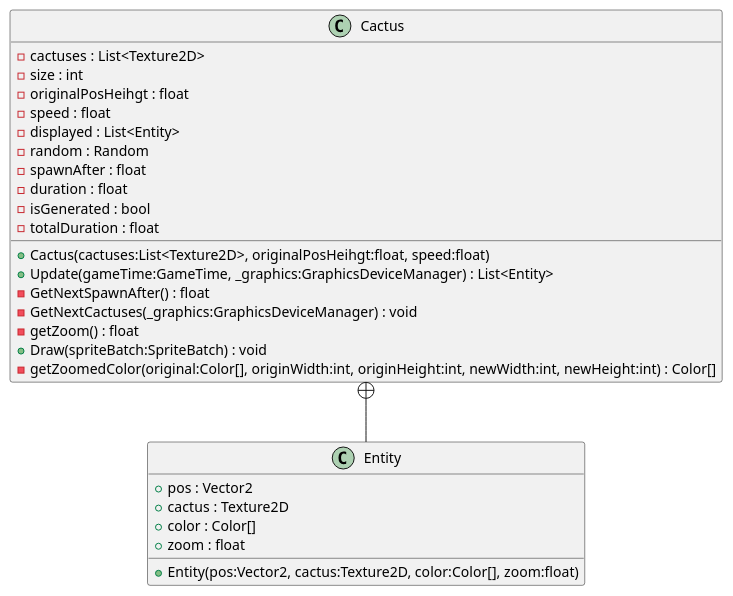
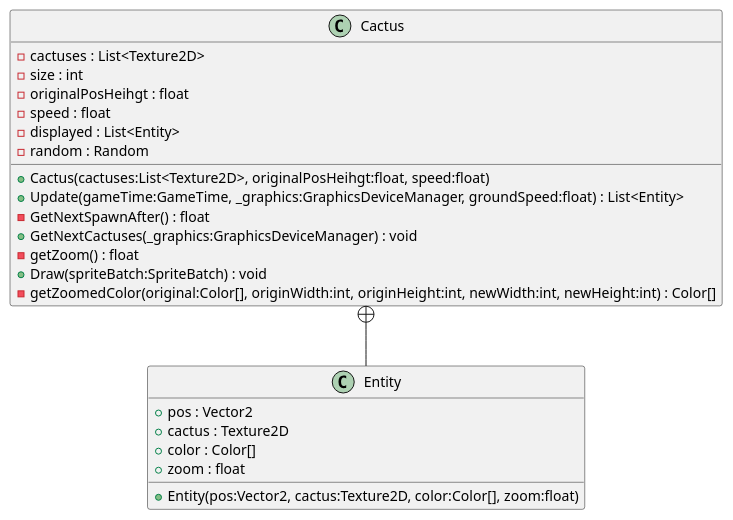
The diagram in UML/Cactus.puml (Famich1ki/T-rax-game), drawn with PlantUML before and after one commit. The commit also changed 44 other files, not shown here.

```diff
--- a/UML/Cactus.puml
+++ b/UML/Cactus.puml
@@ -1,29 +1,25 @@
 @startuml
 class Cactus {
     - cactuses : List<Texture2D>
     - size : int
     - originalPosHeihgt : float
     - speed : float
     - displayed : List<Entity>
     - random : Random
-    - spawnAfter : float
-    - duration : float
-    - isGenerated : bool
-    - totalDuration : float
     + Cactus(cactuses:List<Texture2D>, originalPosHeihgt:float, speed:float)
-    + Update(gameTime:GameTime, _graphics:GraphicsDeviceManager) : List<Entity>
+    + Update(gameTime:GameTime, _graphics:GraphicsDeviceManager, groundSpeed:float) : List<Entity>
     - GetNextSpawnAfter() : float
-    - GetNextCactuses(_graphics:GraphicsDeviceManager) : void
+    + GetNextCactuses(_graphics:GraphicsDeviceManager) : void
     - getZoom() : float
     + Draw(spriteBatch:SpriteBatch) : void
     - getZoomedColor(original:Color[], originWidth:int, originHeight:int, newWidth:int, newHeight:int) : Color[]
 }
 class Entity {
     + pos : Vector2
     + cactus : Texture2D
     + color : Color[]
     + zoom : float
     + Entity(pos:Vector2, cactus:Texture2D, color:Color[], zoom:float)
 }
 Cactus +-- Entity
 @enduml
```
